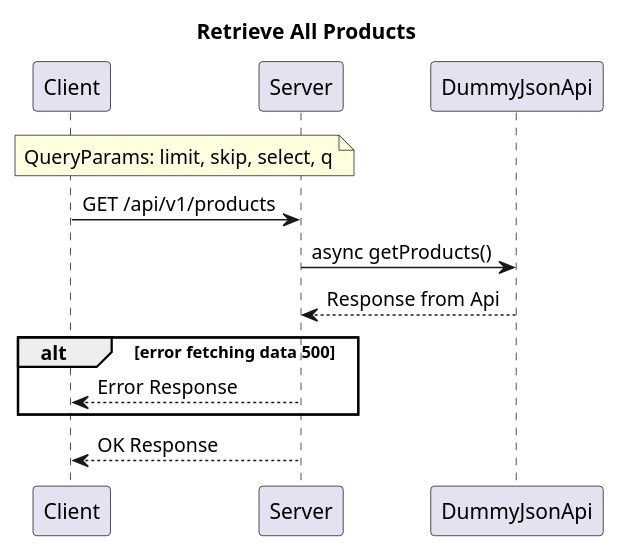
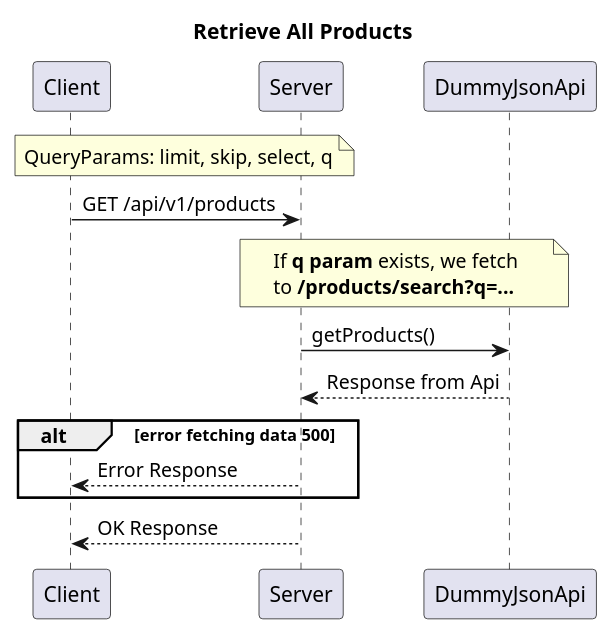
Before and after one commit to Luis-Castilla/masu-tl: the diagram in diagrams/getProducts.puml, drawn with PlantUML. The commit also changed 1 other file, not shown here.

Commit message:
swager doc and products uml updated

```diff
--- a/diagrams/getProducts.puml
+++ b/diagrams/getProducts.puml
@@ -1,10 +1,17 @@
 title Retrieve All Products
 
 note over Client,Server: QueryParams: limit, skip, select, q
 Client->Server: GET /api/v1/products
-Server->DummyJsonApi: async getProducts()
+
+note over Server,DummyJsonApi: If **q param** exists, we fetch \nto **/products/search?q=...**
+
+
+Server->DummyJsonApi: getProducts()
+
 Server<--DummyJsonApi: Response from Api
+
 alt error fetching data 500
 Client<--Server: Error Response
 end
+
 Client<--Server: OK Response
```
